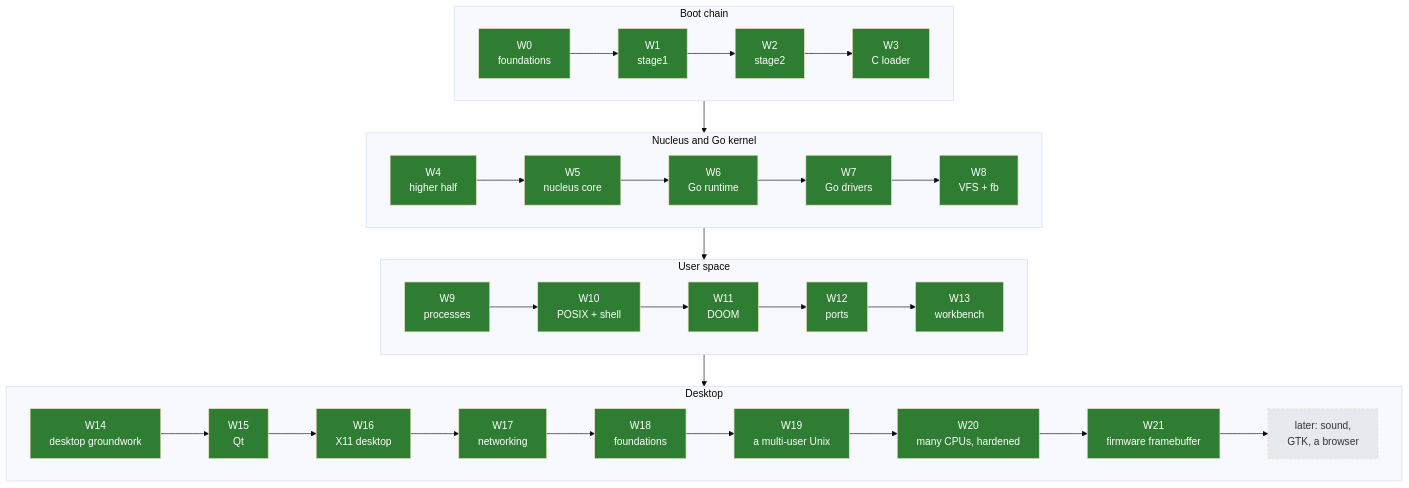
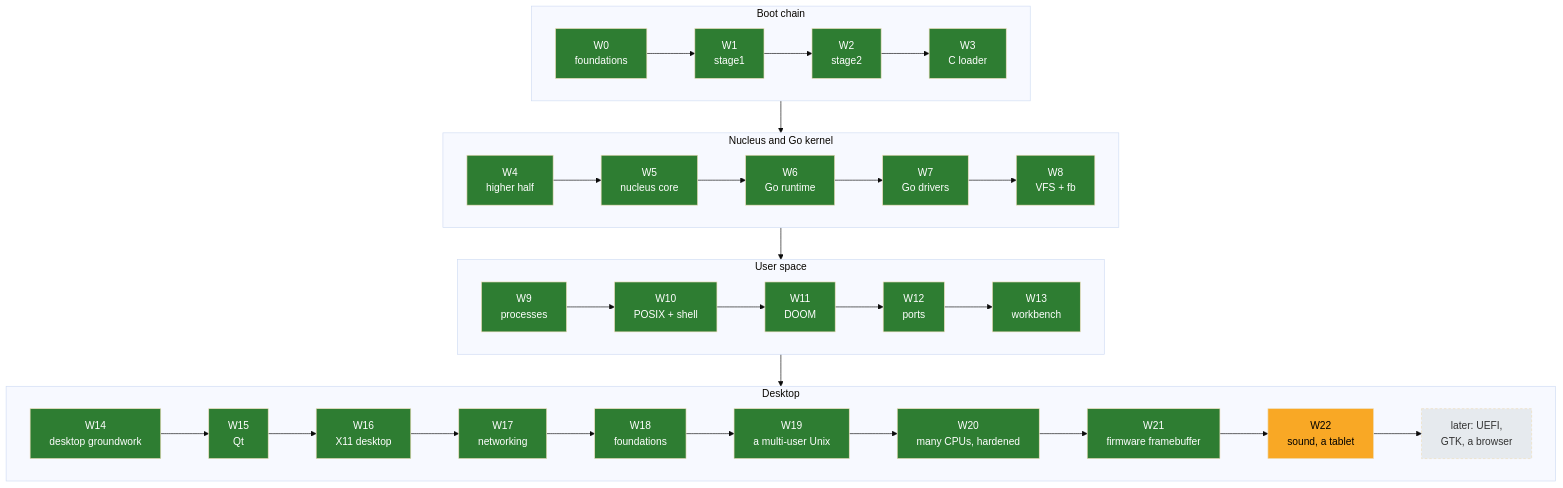
The diagram in docs/04-plan/ROADMAP.md (decagondev/burrow), drawn with Mermaid (base theme) before and after one commit. The commit also changed other lines of this file and 4 other files, not shown here.

````diff
--- a/docs/04-plan/ROADMAP.md
+++ b/docs/04-plan/ROADMAP.md
@@ -30,25 +31,26 @@
 ```mermaid
 flowchart TB
     subgraph boot["Boot chain"]
         direction LR
         W0["W0<br/>foundations"] --> W1["W1<br/>stage1"] --> W2["W2<br/>stage2"] --> W3["W3<br/>C loader"]
     end
     subgraph core["Nucleus and Go kernel"]
         direction LR
         W4["W4<br/>higher half"] --> W5["W5<br/>nucleus core"] --> W6["W6<br/>Go runtime"] --> W7["W7<br/>Go drivers"] --> W8["W8<br/>VFS + fb"]
     end
     subgraph unix["User space"]
         direction LR
         W9["W9<br/>processes"] --> W10["W10<br/>POSIX + shell"] --> W11["W11<br/>DOOM"] --> W12["W12<br/>ports"] --> W13["W13<br/>workbench"]
     end
     subgraph desk["Desktop"]
         direction LR
-        W14["W14<br/>desktop groundwork"] --> W15["W15<br/>Qt"] --> W16["W16<br/>X11 desktop"] --> W17["W17<br/>networking"] --> W18["W18<br/>foundations"] --> W19["W19<br/>a multi-user Unix"] --> W20["W20<br/>many CPUs, hardened"] --> W21["W21<br/>firmware framebuffer"] --> X["later: sound,<br/>GTK, a browser"]
+        W14["W14<br/>desktop groundwork"] --> W15["W15<br/>Qt"] --> W16["W16<br/>X11 desktop"] --> W17["W17<br/>networking"] --> W18["W18<br/>foundations"] --> W19["W19<br/>a multi-user Unix"] --> W20["W20<br/>many CPUs, hardened"] --> W21["W21<br/>firmware framebuffer"] --> W22["W22<br/>sound, a tablet"] --> X["later: UEFI,<br/>GTK, a browser"]
     end
     boot --> core --> unix --> desk
     classDef done fill:#2e7d32,color:#fff;
     classDef next fill:#f9a825,color:#000;
     classDef later fill:#e6eaee,color:#333,stroke-dasharray: 4 3;
     class W0,W1,W2,W3,W4,W5,W6,W7,W8,W9,W10,W11,W12,W13,W14,W15,W16,W17,W18,W19,W20,W21 done;
+    class W22 next;
     class X later;
 ```
````
